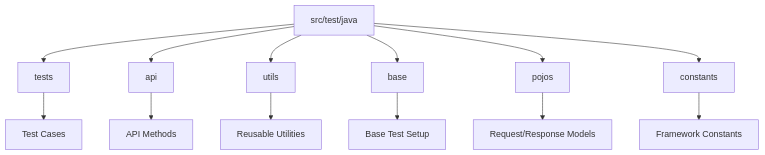
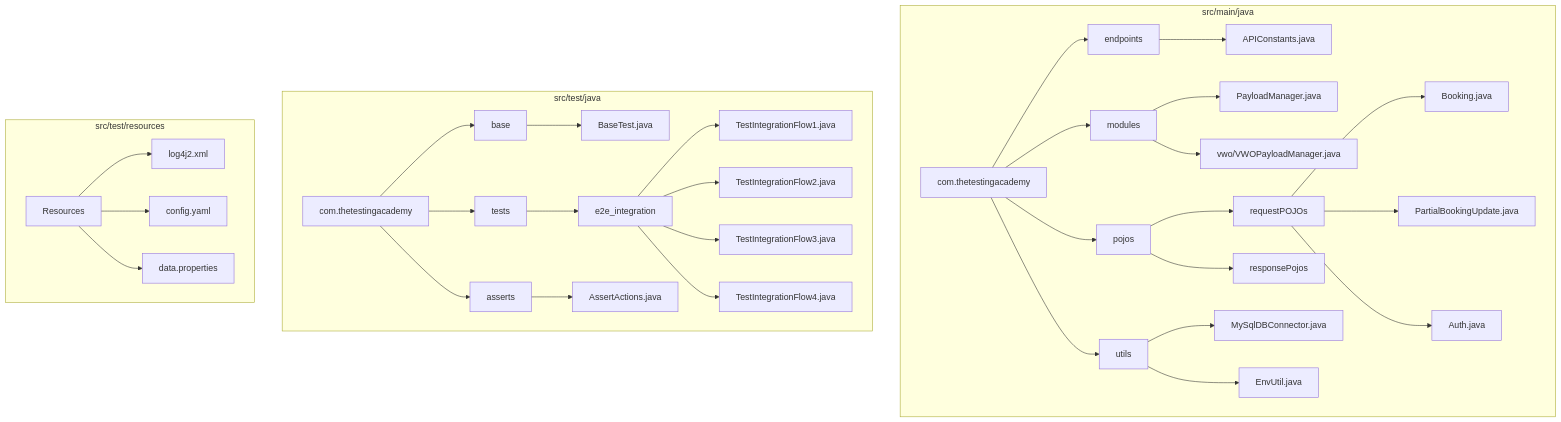
The third of 9 diagrams in README.md (PramodDutta/APIAutomationFramworkATB15x), drawn with Mermaid before and after one commit. The commit also changed other lines of this file and 19 other files, not shown here.

First line of the commit message:
Add E2E integration test flows, Log4j logging, and Jenkinsfile

````diff
--- a/README.md
+++ b/README.md
@@ -98,16 +146,43 @@
 ```mermaid
 graph TD
-    A[src/test/java] --> B[tests]
-    A --> C[api]
-    A --> D[utils]
-    A --> E[base]
-    A --> F[pojos]
-    A --> G[constants]
+    subgraph src/main/java
+        A[com.thetestingacademy]
+        A --> B[endpoints]
+        A --> C[modules]
+        A --> D[pojos]
+        A --> E[utils]
 
-    B --> B1[Test Cases]
-    C --> C1[API Methods]
-    D --> D1[Reusable Utilities]
-    E --> E1[Base Test Setup]
-    F --> F1[Request/Response Models]
-    G --> G1[Framework Constants]
+        B --> B1[APIConstants.java]
+        C --> C1[PayloadManager.java]
+        C --> C2[vwo/VWOPayloadManager.java]
+        D --> D1[requestPOJOs]
+        D --> D2[responsePojos]
+        D1 --> D1a[Booking.java]
+        D1 --> D1b[PartialBookingUpdate.java]
+        D1 --> D1c[Auth.java]
+        E --> E1[MySqlDBConnector.java]
+        E --> E2[EnvUtil.java]
+    end
+
+    subgraph src/test/java
+        F[com.thetestingacademy]
+        F --> G[base]
+        F --> H[tests]
+        F --> I[asserts]
+
+        G --> G1[BaseTest.java]
+        H --> H1[e2e_integration]
+        H1 --> H1a[TestIntegrationFlow1.java]
+        H1 --> H1b[TestIntegrationFlow2.java]
+        H1 --> H1c[TestIntegrationFlow3.java]
+        H1 --> H1d[TestIntegrationFlow4.java]
+        I --> I1[AssertActions.java]
+    end
+
+    subgraph src/test/resources
+        J[Resources]
+        J --> J1[log4j2.xml]
+        J --> J2[config.yaml]
+        J --> J3[data.properties]
+    end
 ```
````
